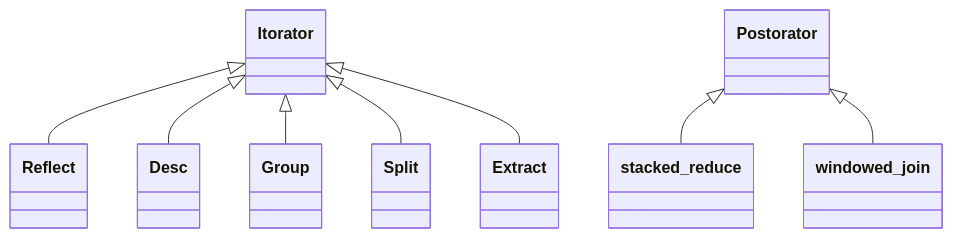
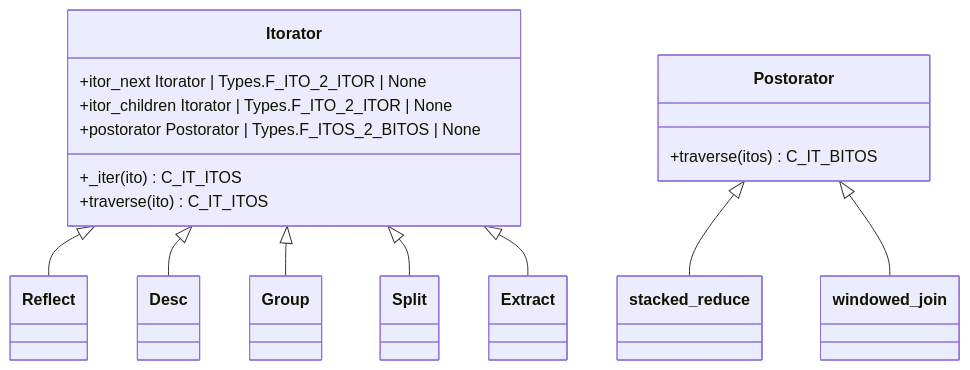
Before and after one commit to rlayers/pawpaw: the third of 3 diagrams in docs/3. Arborform.md, drawn with Mermaid.

Commit message:
Expanded class hierarchy diagram

````diff
--- a/docs/3. Arborform.md
+++ b/docs/3. Arborform.md
@@ -136,11 +136,23 @@
 ```mermaid
 classDiagram
-    Itorator <|-- Reflect
-    Itorator <|-- Desc
-    Itorator <|-- Group
-    Itorator <|-- Split
-    Itorator <|-- Extract
+  class Itorator{
+      +itor_next Itorator | Types.F_ITO_2_ITOR | None
+      +itor_children Itorator | Types.F_ITO_2_ITOR | None
+      +postorator Postorator | Types.F_ITOS_2_BITOS | None
+      +_iter(ito) C_IT_ITOS
+      +traverse(ito) C_IT_ITOS
+  }
+  
+  Itorator <|-- Reflect
+  Itorator <|-- Desc
+  Itorator <|-- Group
+  Itorator <|-- Split
+  Itorator <|-- Extract
 
-    Postorator <|-- stacked_reduce
-    Postorator <|-- windowed_join
+  class Postorator{
+      +traverse(itos) C_IT_BITOS
+  }
+
+  Postorator <|-- stacked_reduce
+  Postorator <|-- windowed_join
 ```
````
